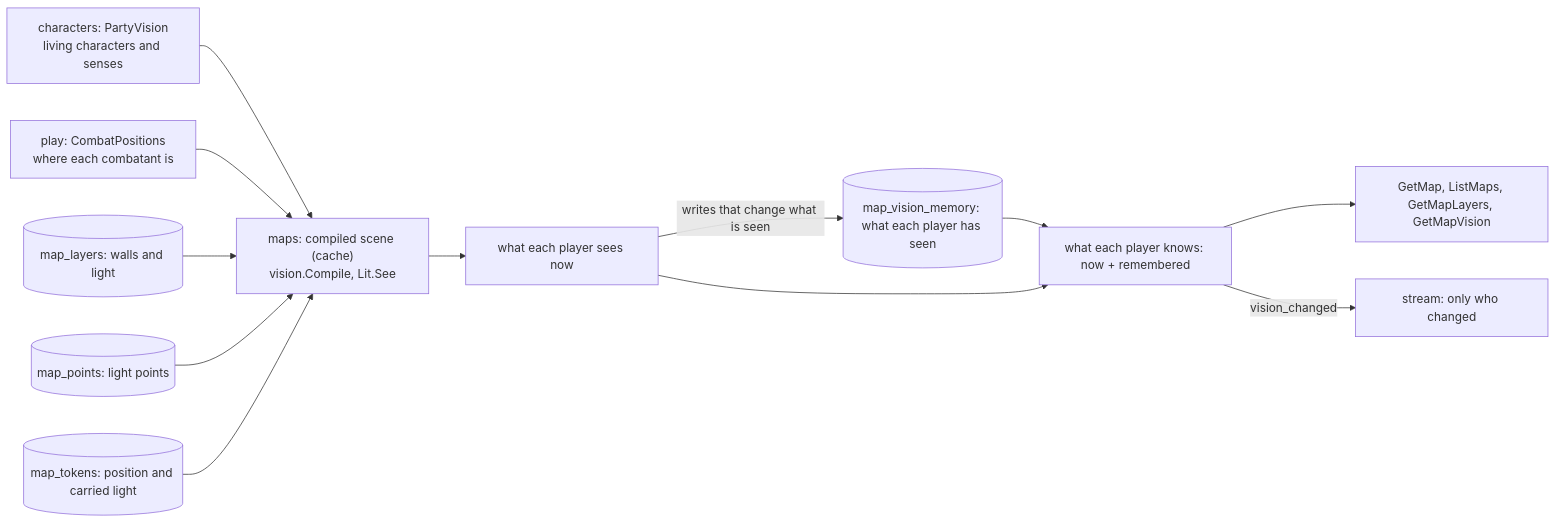
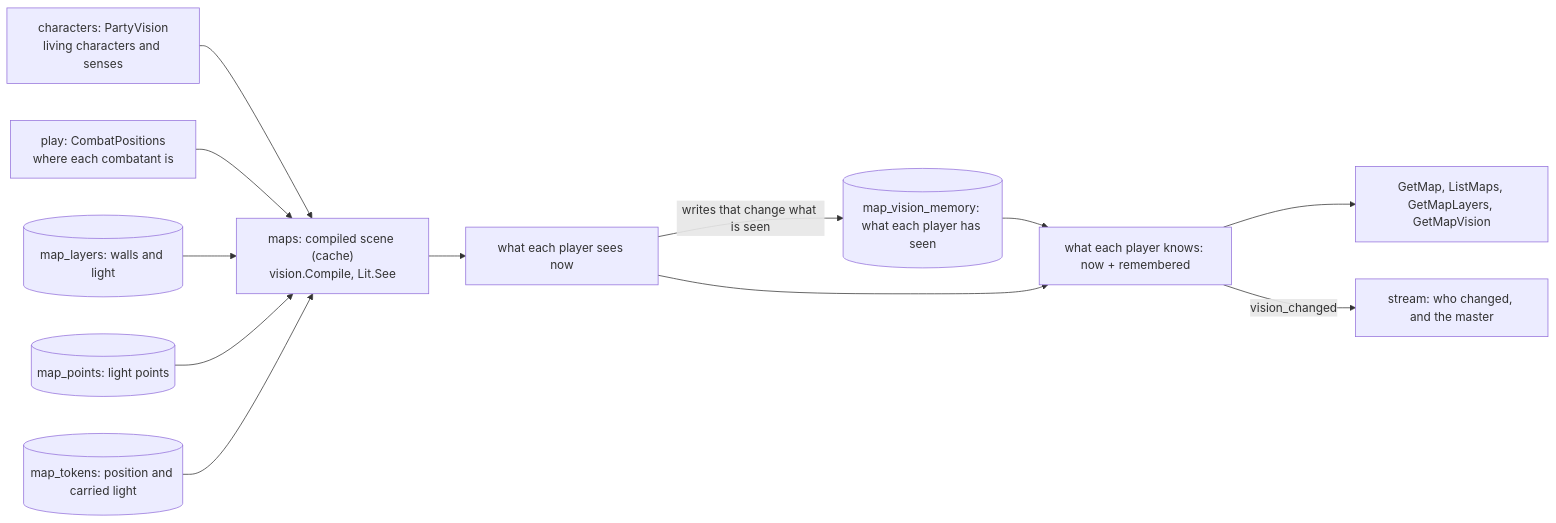
One commit to PuraFome/meuRPG changed the first of 2 diagrams in docs/architecture/maps/fog.md. Above: the diagram before and after it, drawn with Mermaid. The commit also changed other lines of this file and 333 other files, not shown here.

````diff
--- a/docs/architecture/maps/fog.md
+++ b/docs/architecture/maps/fog.md
@@ -8,14 +8,14 @@
 ```mermaid
 flowchart LR
     Chars["characters: PartyVision<br/>living characters and senses"] --> Fog
     Play["play: CombatPositions<br/>where each combatant is"] --> Fog
     Layers[("map_layers: walls and light")] --> Fog
     Pts[("map_points: light points")] --> Fog
     Toks[("map_tokens: position and carried light")] --> Fog
     Fog["maps: compiled scene (cache)<br/>vision.Compile, Lit.See"] --> View["what each player sees now"]
     Mem[("map_vision_memory: what each player has seen")] --> Eff
     View --> Eff["what each player knows: now + remembered"]
     Eff --> Reads["GetMap, ListMaps, GetMapLayers, GetMapVision"]
-    Eff -->|"vision_changed"| Stream["stream: only who changed"]
+    Eff -->|"vision_changed"| Stream["stream: who changed, and the master"]
     View -->|"writes that change what is seen"| Mem
 ```
````
